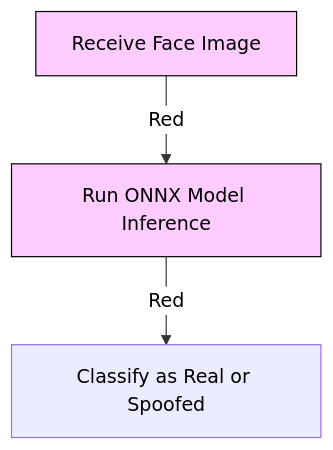
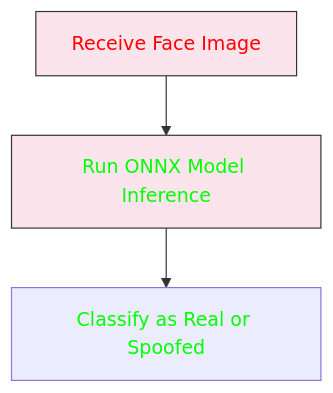
Before and after one commit to Tharun-selladurai/face_liveliness_web_platform: the fourth of 6 diagrams in README.md, drawn with Mermaid. The commit also changed other lines of this file, not shown here.

````diff
--- a/README.md
+++ b/README.md
@@ -101,9 +99,9 @@
 ```mermaid
-%%{init: { "theme": "default", "themeVariables": { "edgeLabelBackground": "#ffffff", "tertiaryColor": "#ffffff", "primaryColor": "#ffccff", "edgeColor": "#ff0000", "textColor": "#000000" }}}%%
+%%{init: { "theme": "default", "themeVariables": { "edgeLabelBackground": "#ffffff", "tertiaryColor": "#ffffff", "primaryColor": "#fce4ec", "edgeColor": "#ff0000", "textColor": "#000000" }}}%%
 graph TD;
-    A[Receive Face Image] -->|Red| B[Run ONNX Model Inference]
-    B -->|Red| C[Classify as Real or Spoofed]
+    A[<font color="#ff0000">Receive Face Image</font>] --> B[<font color="#00ff00">Run ONNX Model Inference</font>]
+    B --> C[<font color="#00ff00">Classify as Real or Spoofed</font>]
     
-    classDef antiSpoof fill:#ffccff,stroke:#000000,color:#000000;
+    classDef antiSpoof fill:#fce4ec,stroke:#333,color:#000000;
     class A,B antiSpoof;
 ```
````
